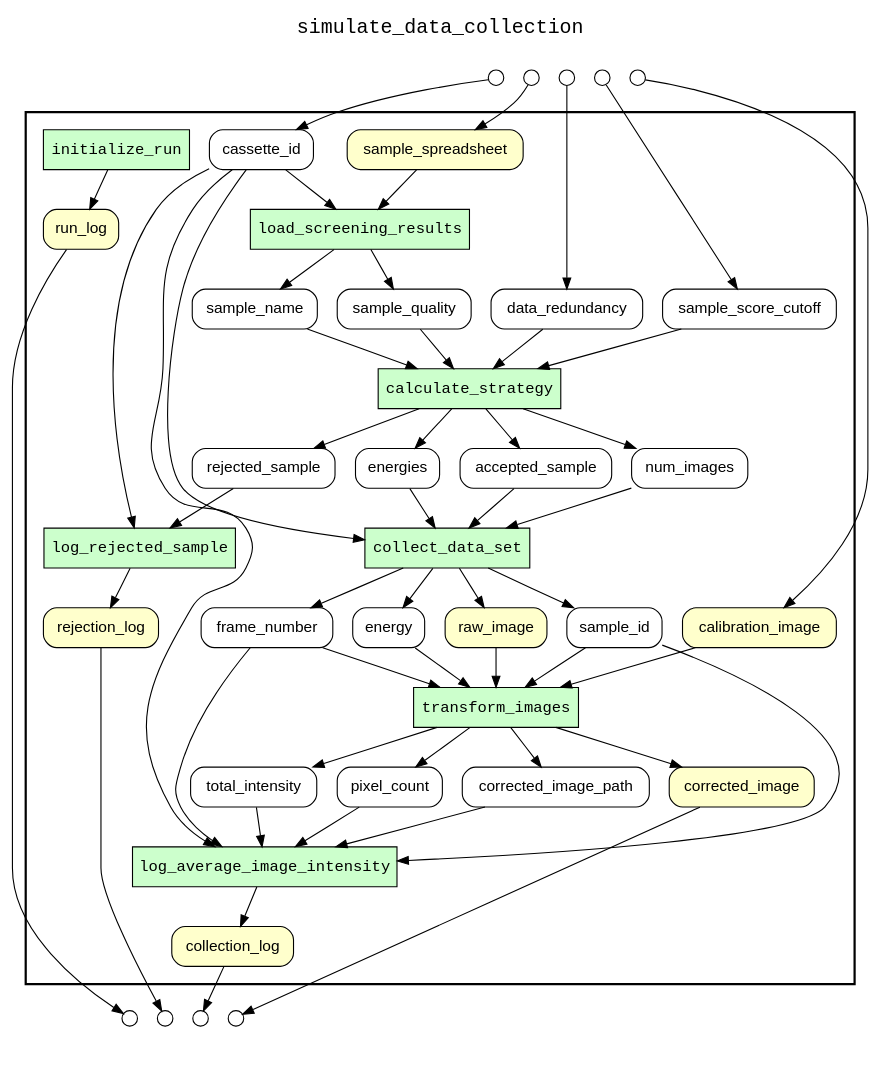
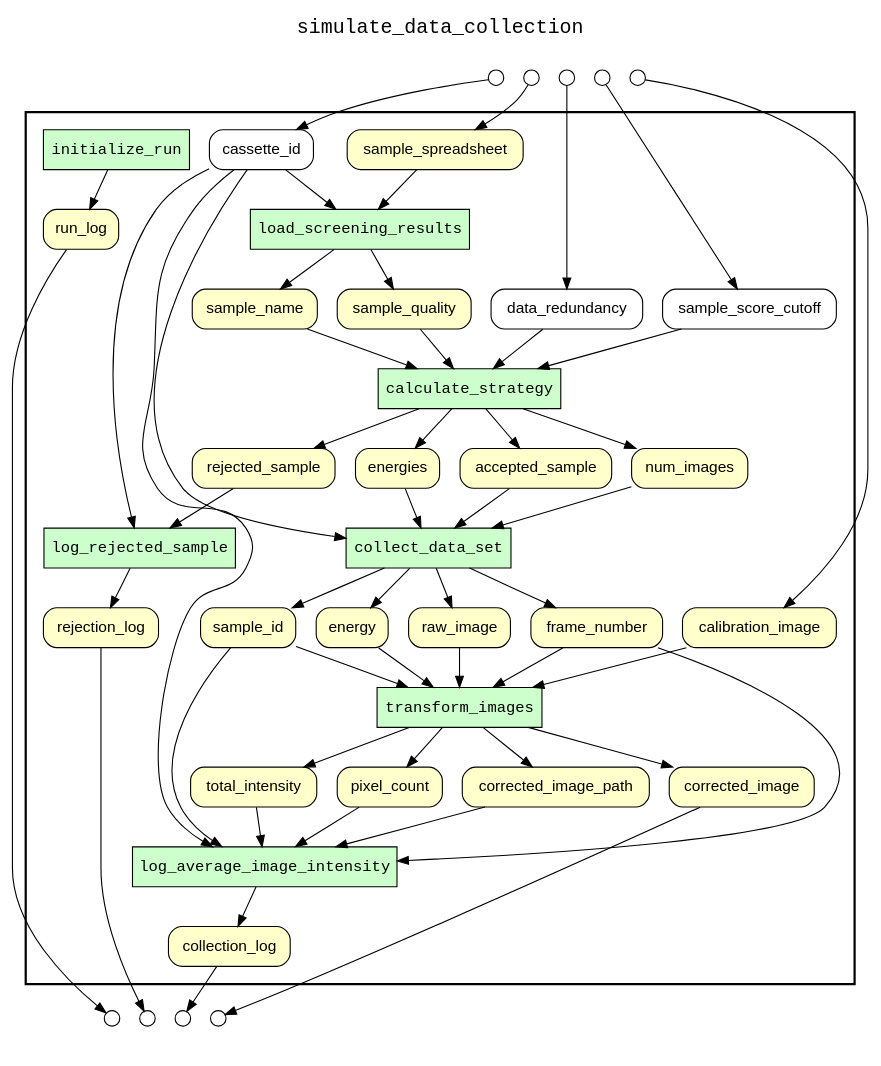
Before and after one commit to yesworkflow-org/yw-noworkflow: the diagram in examples/simulate_data_collection/yw_combined_graph.gv, drawn with Graphviz. The commit also changed other lines of this file and 12 other files, not shown here.

```diff
--- a/examples/simulate_data_collection/yw_combined_graph.gv
+++ b/examples/simulate_data_collection/yw_combined_graph.gv
@@ -1,108 +1,108 @@
 
 digraph yw_data_view {
 rankdir=TB
 fontname=Courier; fontsize=18; labelloc=t
 label="simulate_data_collection"
 subgraph cluster_workflow { label=""; color=black; penwidth=2
 subgraph cluster_workflow_inner { label=""; color=white
 node[shape=box style="filled" fillcolor="#CCFFCC" peripheries=1 fontname=Courier]
 initialize_run
 load_screening_results
 calculate_strategy
 log_rejected_sample
 collect_data_set
 transform_images
 log_average_image_intensity
 node[shape=box style="filled" fillcolor="#CCFFCC" peripheries=1 fontname=Courier]
 node[shape=box style="rounded,filled" fillcolor="#FFFFCC" peripheries=1 fontname=Helvetica]
 run_log
 sample_spreadsheet
-rejection_log
-raw_image
-calibration_image
-corrected_image
-collection_log
-node[shape=box style="rounded,filled" fillcolor="#FFFFFF" peripheries=1 fontname=Helvetica]
-cassette_id
 sample_name
 sample_quality
-sample_score_cutoff
-data_redundancy
 accepted_sample
 rejected_sample
 num_images
 energies
+rejection_log
 sample_id
 energy
 frame_number
+raw_image
+calibration_image
+corrected_image
 corrected_image_path
 total_intensity
 pixel_count
+collection_log
+node[shape=box style="rounded,filled" fillcolor="#FFFFFF" peripheries=1 fontname=Helvetica]
+data_redundancy
+sample_score_cutoff
+cassette_id
 }}
 subgraph cluster_inflows { label=""; color=white; penwidth=2
 subgraph cluster_inflows_inner { label=""; color=white
 node[shape=circle fillcolor="#FFFFFF" peripheries=1 width=0.2]
 data_redundancy_inflow [label=""]
 sample_score_cutoff_inflow [label=""]
 cassette_id_inflow [label=""]
 calibration_image_inflow [label=""]
 sample_spreadsheet_inflow [label=""]
 }}
 subgraph cluster_outflows { label=""; color=white; penwidth=2
 subgraph cluster_outflows_inner { label=""; color=white
 node[shape=circle fillcolor="#FFFFFF" peripheries=1 width=0.2]
 collection_log_outflow [label=""]
 corrected_image_outflow [label=""]
 rejection_log_outflow [label=""]
 run_log_outflow [label=""]
 }}
 cassette_id -> load_screening_results
 cassette_id -> log_rejected_sample
 cassette_id -> collect_data_set
 cassette_id -> log_average_image_intensity
 sample_spreadsheet -> load_screening_results
 sample_name -> calculate_strategy
 sample_quality -> calculate_strategy
 sample_score_cutoff -> calculate_strategy
 data_redundancy -> calculate_strategy
 accepted_sample -> collect_data_set
 rejected_sample -> log_rejected_sample
 num_images -> collect_data_set
 energies -> collect_data_set
 sample_id -> transform_images
 sample_id -> log_average_image_intensity
 energy -> transform_images
 frame_number -> transform_images
 frame_number -> log_average_image_intensity
 raw_image -> transform_images
 calibration_image -> transform_images
 corrected_image_path -> log_average_image_intensity
 total_intensity -> log_average_image_intensity
 pixel_count -> log_average_image_intensity
 initialize_run -> run_log
 load_screening_results -> sample_name
 load_screening_results -> sample_quality
 calculate_strategy -> accepted_sample
 calculate_strategy -> rejected_sample
 calculate_strategy -> num_images
 calculate_strategy -> energies
 log_rejected_sample -> rejection_log
 collect_data_set -> sample_id
 collect_data_set -> energy
 collect_data_set -> frame_number
 collect_data_set -> raw_image
 transform_images -> corrected_image
 transform_images -> corrected_image_path
 transform_images -> total_intensity
 transform_images -> pixel_count
 log_average_image_intensity -> collection_log
 data_redundancy_inflow -> data_redundancy
 sample_score_cutoff_inflow -> sample_score_cutoff
 cassette_id_inflow -> cassette_id
 calibration_image_inflow -> calibration_image
 sample_spreadsheet_inflow -> sample_spreadsheet
 collection_log -> collection_log_outflow
 corrected_image -> corrected_image_outflow
 rejection_log -> rejection_log_outflow
 run_log -> run_log_outflow
 }
```
